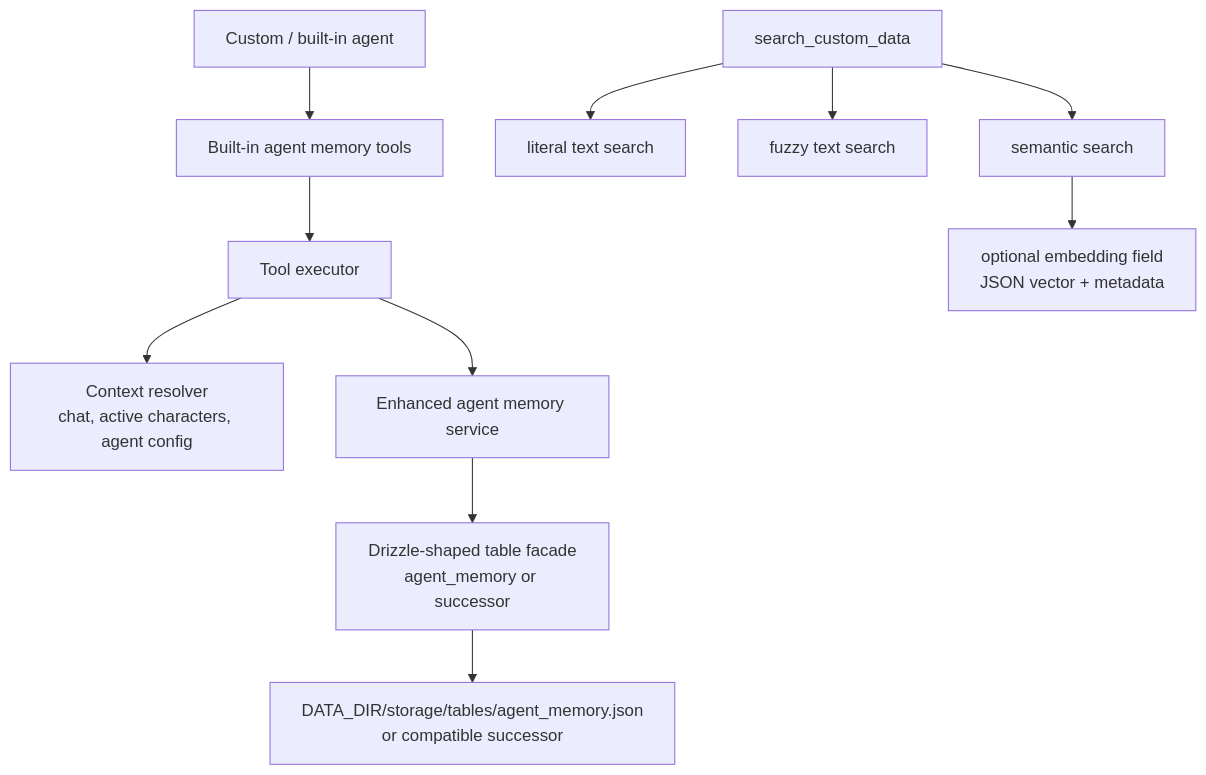
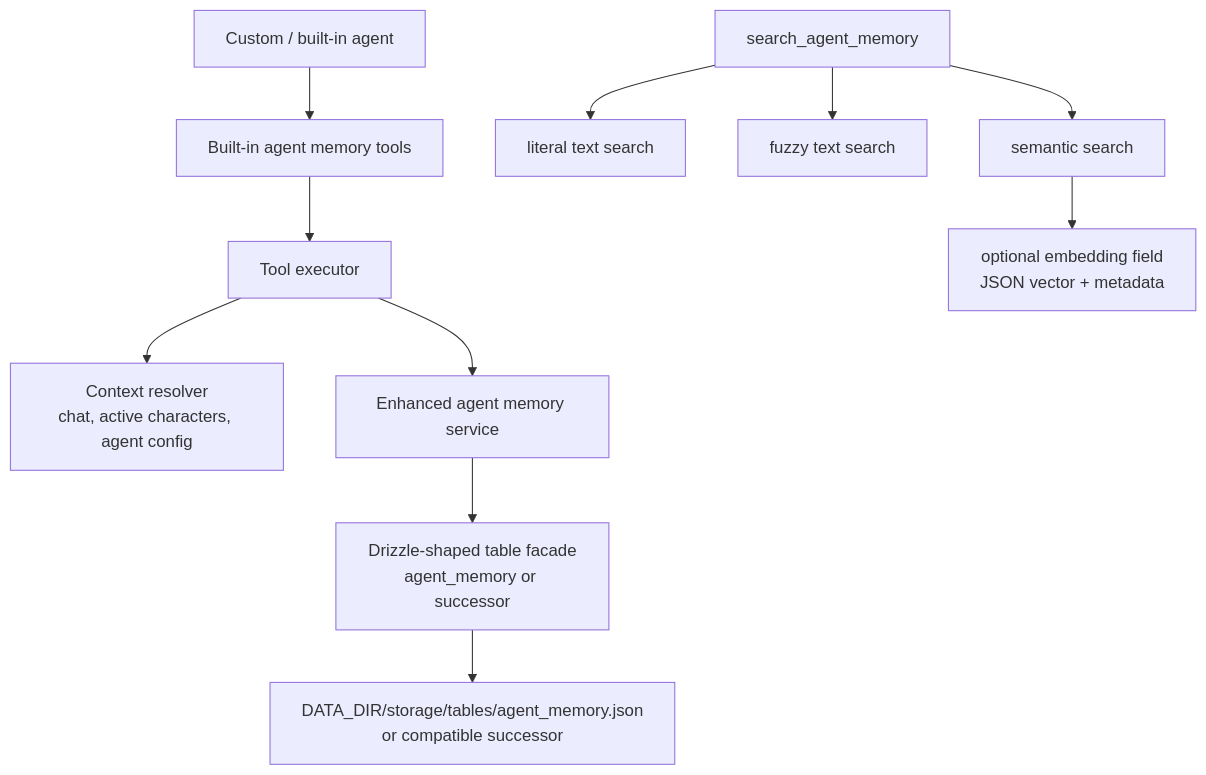
Before and after one commit to adunato/Marinara-Engine-Project: the diagram in change_requests/CR009_agent_memory_enhancement/HLD.md, drawn with Mermaid. The commit also changed other lines of this file and 2 other files, not shown here.

Commit message:
docs: align CR009 agent memory tools

````diff
--- a/change_requests/CR009_agent_memory_enhancement/HLD.md
+++ b/change_requests/CR009_agent_memory_enhancement/HLD.md
@@ -53,14 +53,14 @@
 ```mermaid
 flowchart TD
   Agent["Custom / built-in agent"] --> Tools["Built-in agent memory tools"]
   Tools --> Exec["Tool executor"]
   Exec --> Scope["Context resolver<br/>chat, active characters, agent config"]
   Exec --> Service["Enhanced agent memory service"]
   Service --> Table["Drizzle-shaped table facade<br/>agent_memory or successor"]
   Table --> File["DATA_DIR/storage/tables/agent_memory.json<br/>or compatible successor"]
 
-  Search["search_custom_data"] --> Literal["literal text search"]
+  Search["search_agent_memory"] --> Literal["literal text search"]
   Search --> Fuzzy["fuzzy text search"]
   Search --> Semantic["semantic search"]
   Semantic --> Embedding["optional embedding field<br/>JSON vector + metadata"]
 ```
````
